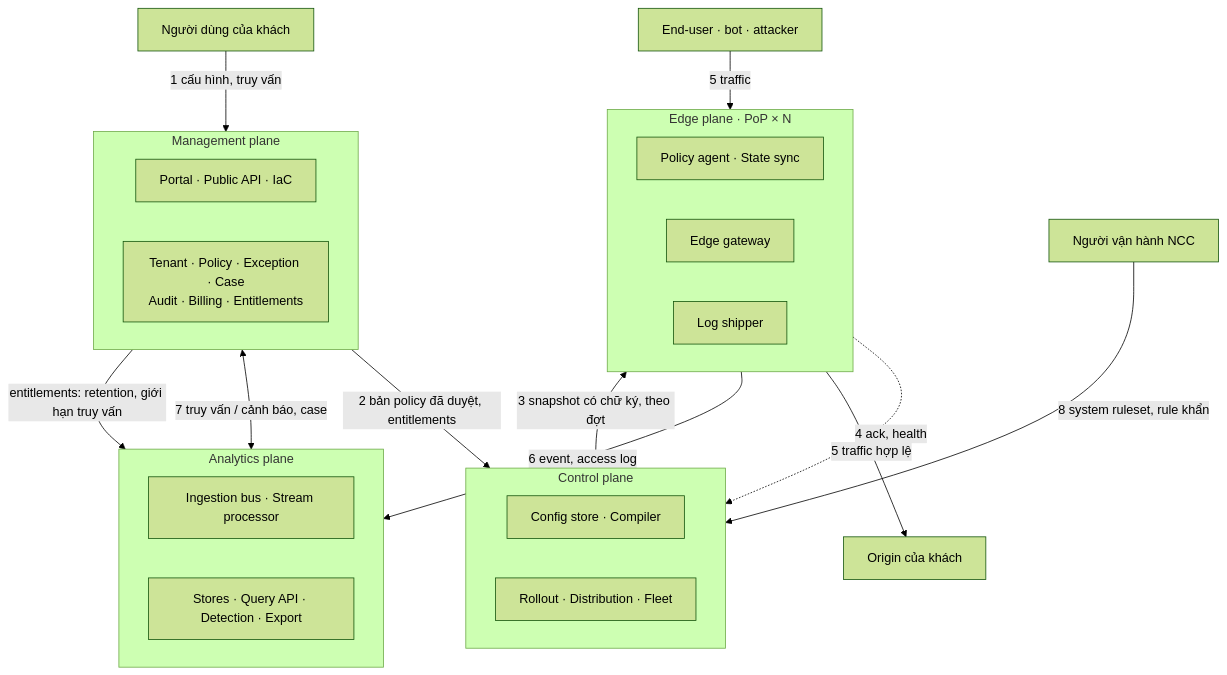
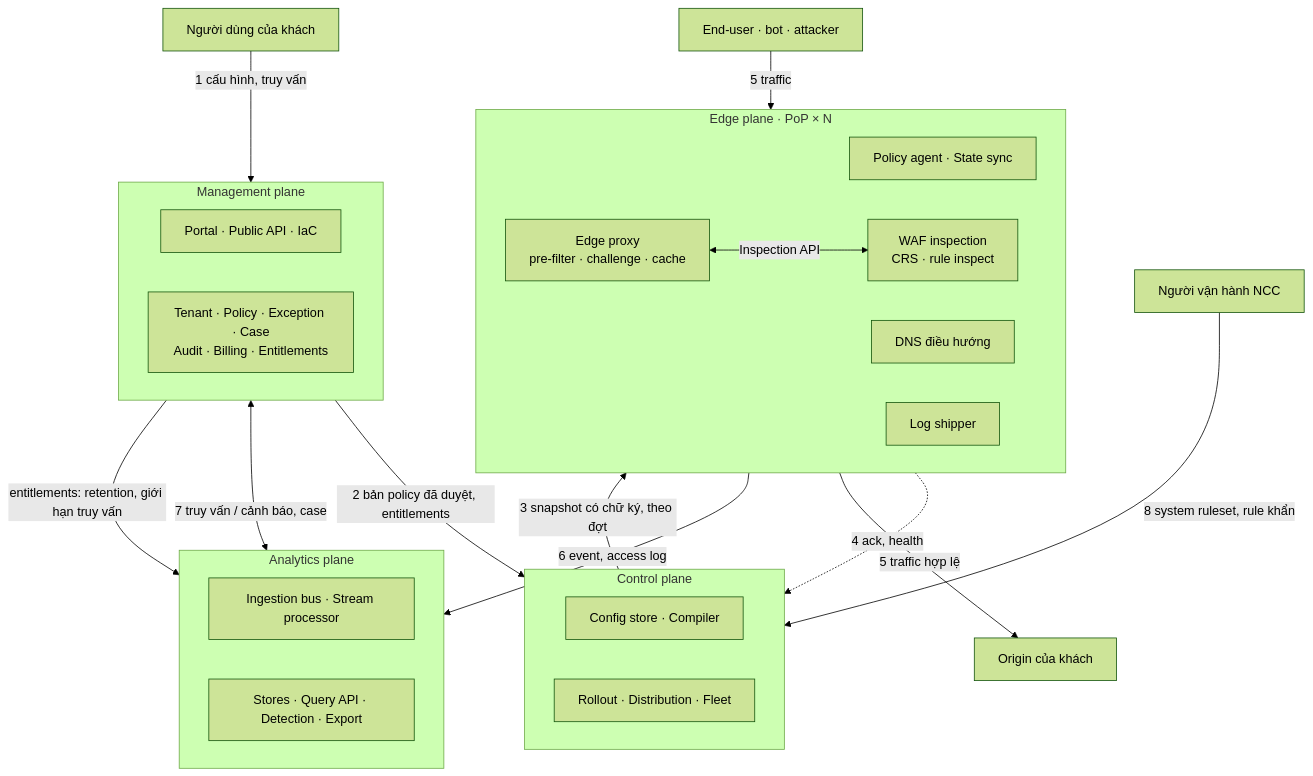
Before and after one commit to metap-org/metap-demo-waf: the diagram in docs/architecture/05-building-blocks/00-index.md, drawn with Mermaid (forest theme). The commit also changed other lines of this file and 43 other files, not shown here.

````diff
--- a/docs/architecture/05-building-blocks/00-index.md
+++ b/docs/architecture/05-building-blocks/00-index.md
@@ -17,36 +17,39 @@
 ```mermaid
 flowchart TB
     cust["Người dùng của khách"]
     prov["Người vận hành NCC"]
     eu["End-user · bot · attacker"]
     origin["Origin của khách"]
 
     subgraph M["Management plane"]
         m1["Portal · Public API · IaC"]
         m2["Tenant · Policy · Exception · Case<br/>Audit · Billing · Entitlements"]
     end
     subgraph C["Control plane"]
         c1["Config store · Compiler"]
         c2["Rollout · Distribution · Fleet"]
     end
     subgraph E["Edge plane · PoP × N"]
         e1["Policy agent · State sync"]
-        e2["Edge gateway"]
+        e2["Edge proxy<br/>pre-filter · challenge · cache"]
+        e4["WAF inspection<br/>CRS · rule inspect"]
+        e5["DNS điều hướng"]
         e3["Log shipper"]
     end
     subgraph A["Analytics plane"]
         a1["Ingestion bus · Stream processor"]
         a2["Stores · Query API · Detection · Export"]
     end
 
     cust -->|1 cấu hình, truy vấn| M
     M -->|2 bản policy đã duyệt, entitlements| C
     C -->|3 snapshot có chữ ký, theo đợt| E
     E -.->|4 ack, health| C
     eu -->|5 traffic| E
+    e2 <-->|Inspection API| e4
     E -->|5 traffic hợp lệ| origin
     E -->|6 event, access log| A
     M <-->|7 truy vấn / cảnh báo, case| A
     prov -->|8 system ruleset, rule khẩn| C
     M -->|entitlements: retention, giới hạn truy vấn| A
 ```
````
